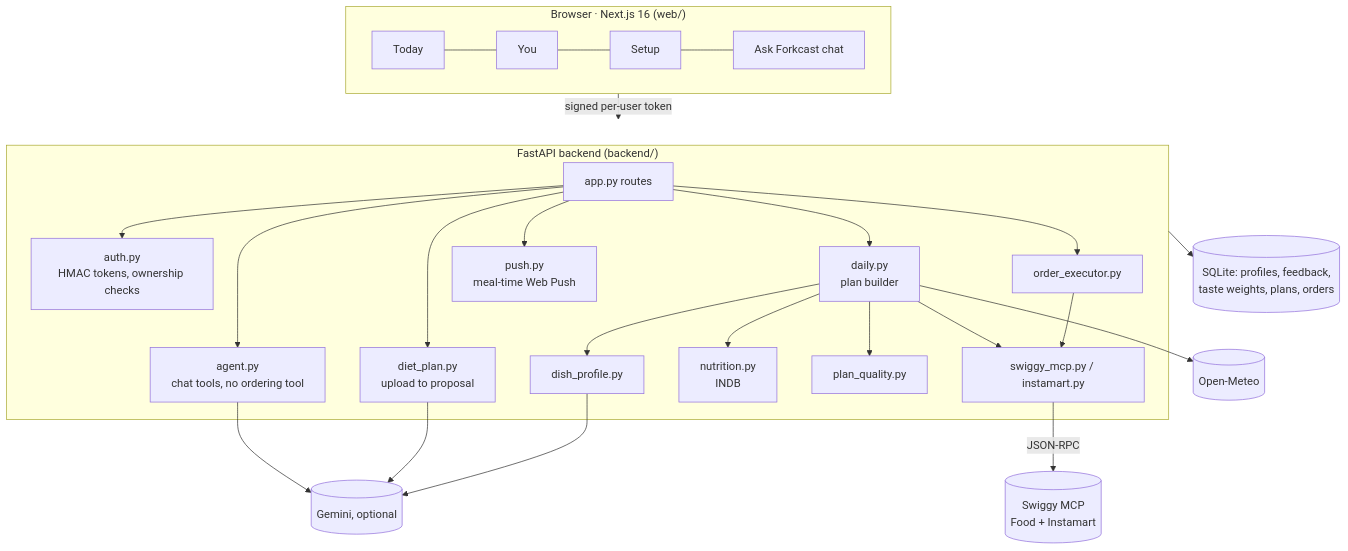
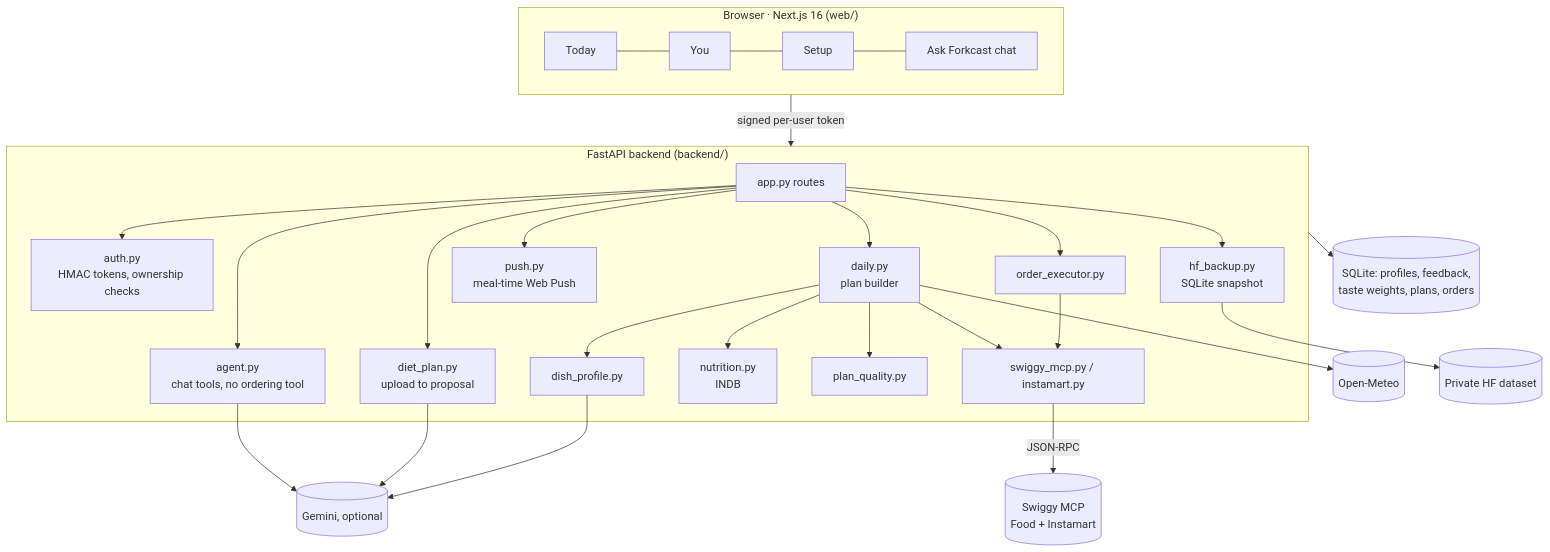
Before and after one commit to JTiscodin/ForkCast: the fifth of 6 diagrams in README.md, drawn with Mermaid. The commit also changed other lines of this file and 7 other files, not shown here.

````diff
--- a/README.md
+++ b/README.md
@@ -205,26 +301,28 @@
 ```mermaid
 flowchart TB
     subgraph Browser["Browser · Next.js 16 (web/)"]
         T[Today] --- Y[You] --- S[Setup] --- CH[Ask Forkcast chat]
     end
     Browser -- "signed per-user token" --> API
 
     subgraph API["FastAPI backend (backend/)"]
         APP[app.py routes] --> AUTH[auth.py<br/>HMAC tokens, ownership checks]
         APP --> DAILY[daily.py<br/>plan builder]
         APP --> AGENT[agent.py<br/>chat tools, no ordering tool]
         APP --> DIET[diet_plan.py<br/>upload to proposal]
         APP --> ORDER[order_executor.py]
         APP --> PUSH[push.py<br/>meal-time Web Push]
+    APP --> HFB[hf_backup.py<br/>SQLite snapshot]
         DAILY --> DP[dish_profile.py]
         DAILY --> NUT[nutrition.py<br/>INDB]
         DAILY --> PQ[plan_quality.py]
         ORDER --> MCPC[swiggy_mcp.py / instamart.py]
         DAILY --> MCPC
     end
 
     MCPC -- "JSON-RPC" --> SW[(Swiggy MCP<br/>Food + Instamart)]
     DAILY --> WX[(Open-Meteo)]
     DP & DIET & AGENT --> GEM[(Gemini, optional)]
     API --> DB[(SQLite: profiles, feedback,<br/>taste weights, plans, orders)]
+    HFB --> HFD[(Private HF dataset)]
 ```
````
